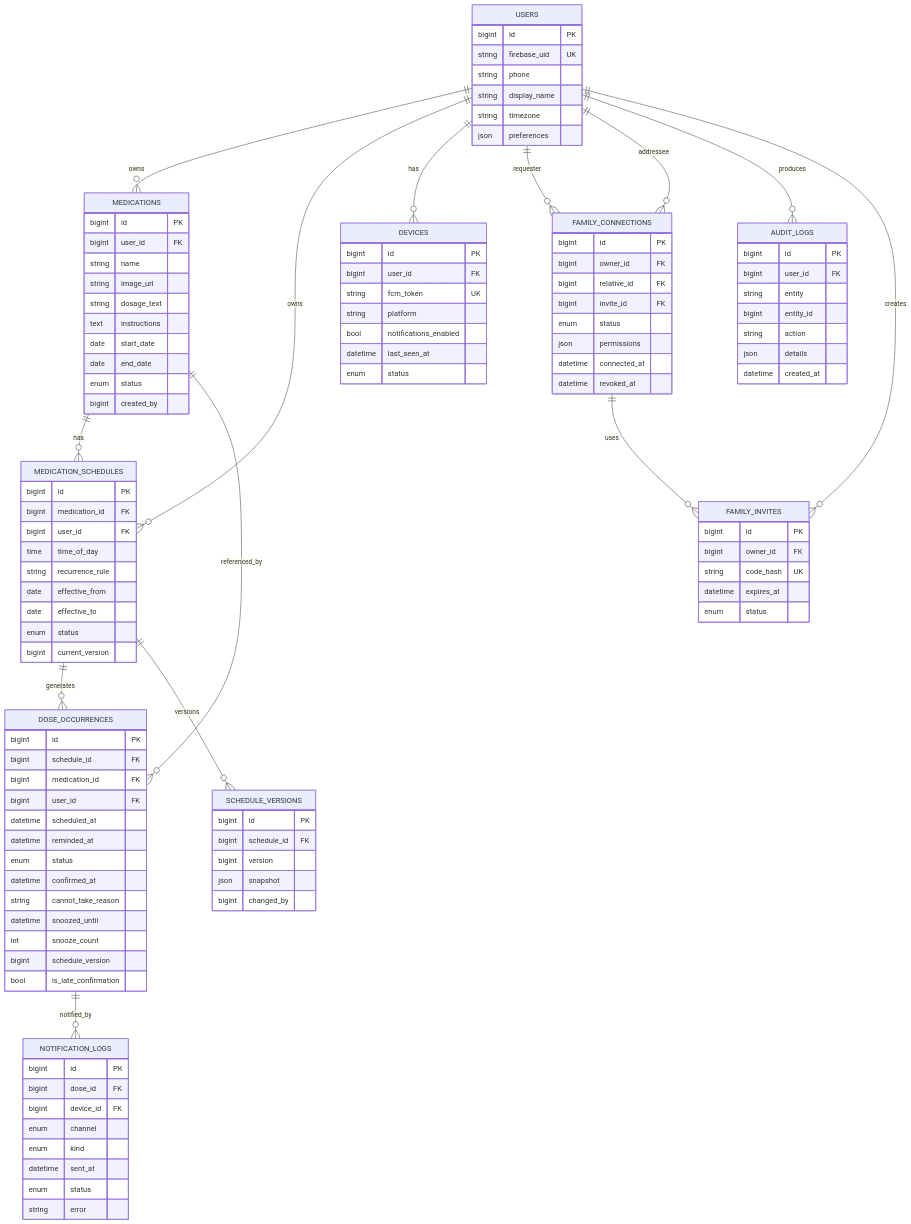
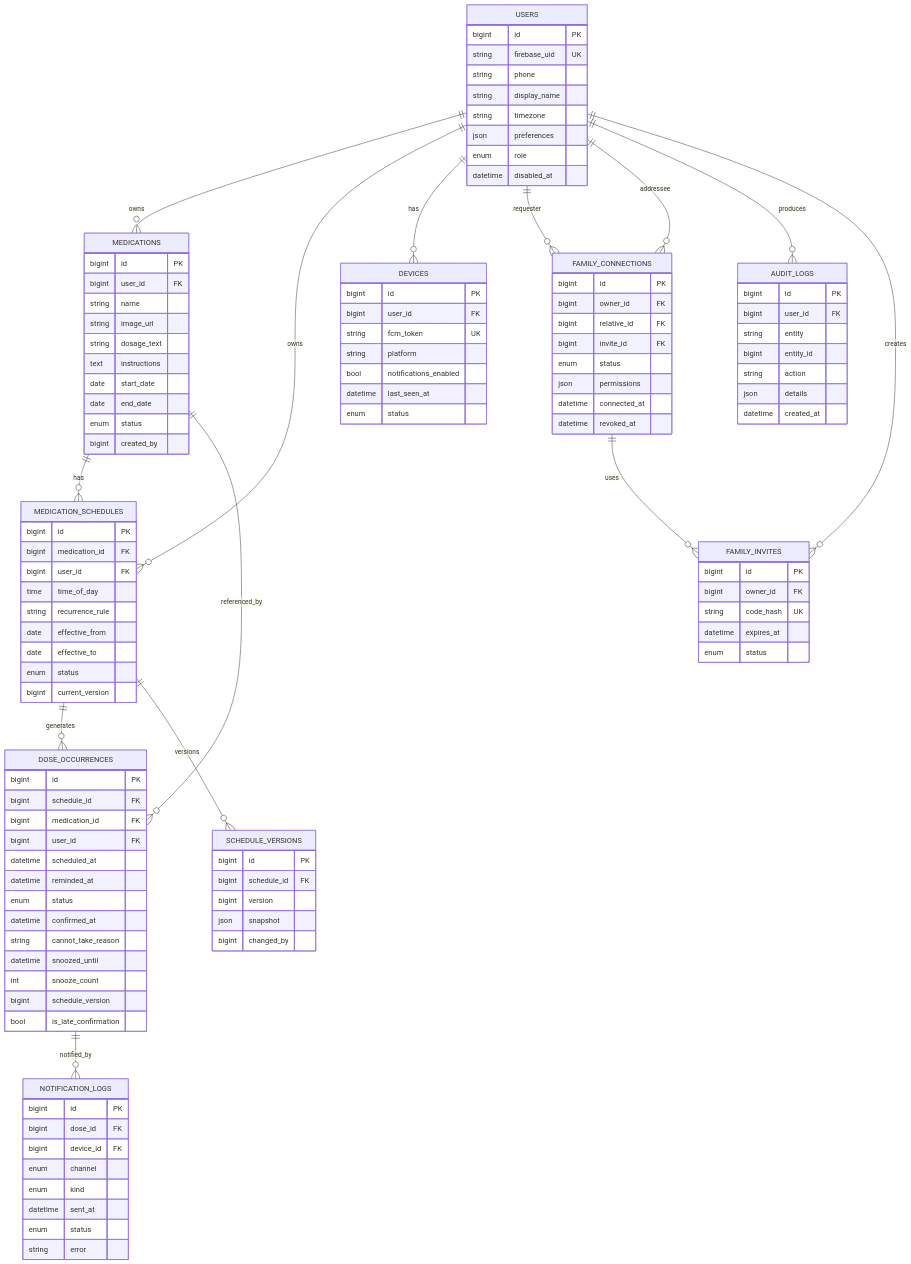
The diagram in docs/DATABASE_PLAN.md (DoDuongw/duong), drawn with Mermaid before and after one commit. The commit also changed other lines of this file and 30 other files, not shown here.

```diff
--- a/docs/DATABASE_PLAN.md
+++ b/docs/DATABASE_PLAN.md
@@ -41,6 +41,8 @@
         string display_name
         string timezone
         json preferences
+        enum role
+        datetime disabled_at
     }
     MEDICATIONS {
         bigint id PK
```
